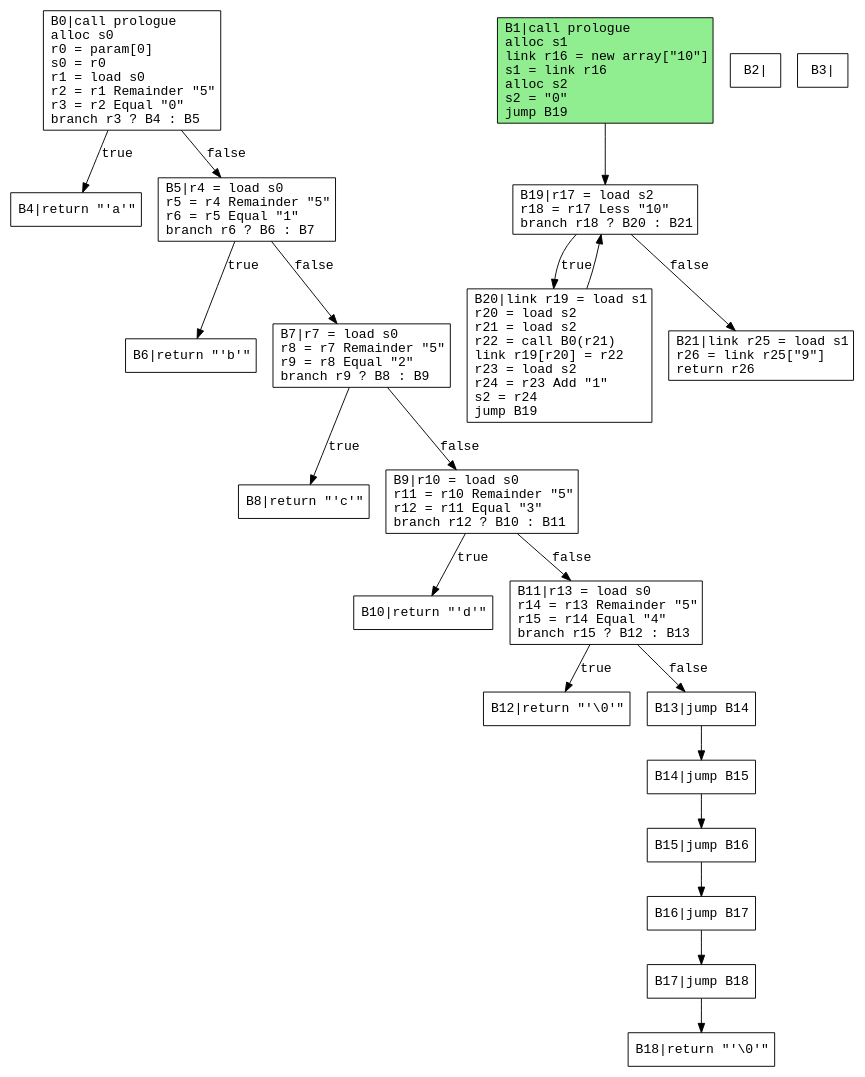
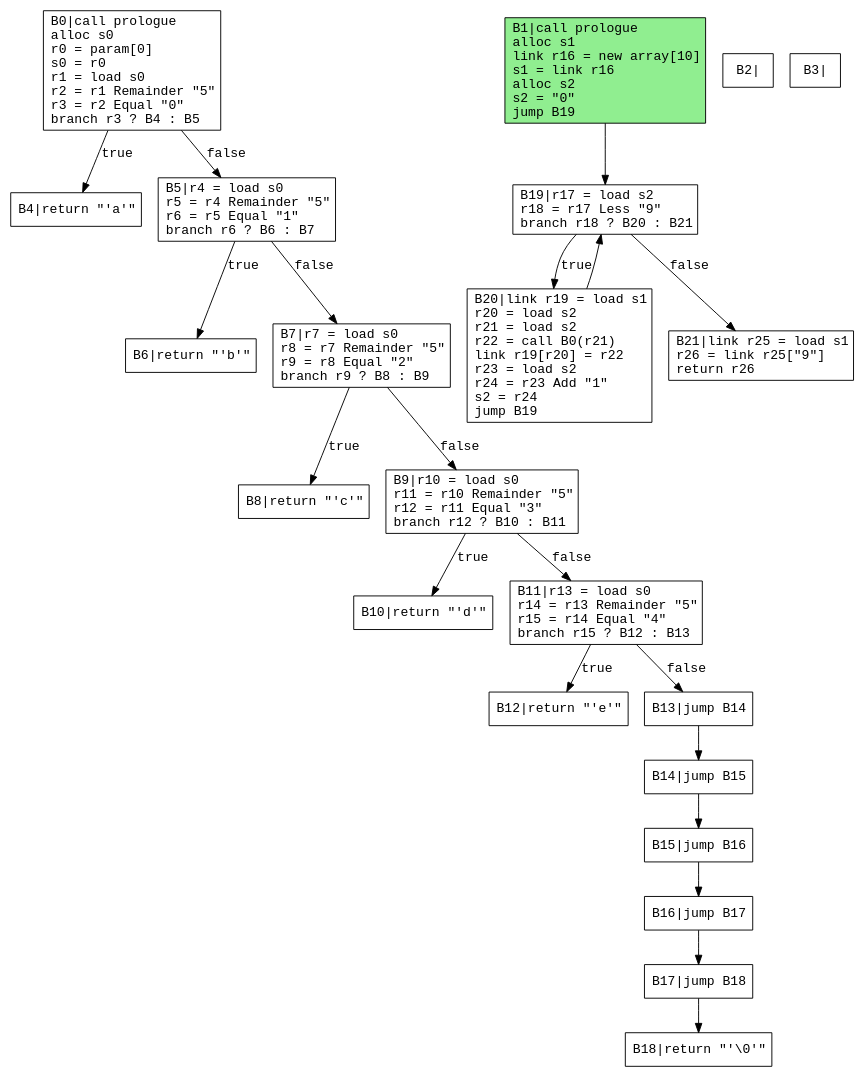
Before and after one commit to safarislava/ProcTranslator: the diagram in output/array.dot, drawn with Graphviz. The commit also changed 13 other files, not shown here.

```diff
--- a/output/array.dot
+++ b/output/array.dot
@@ -1,48 +1,48 @@
 digraph CFG {
   rankdir=TB;
   node [shape=box, fontname="Courier"];
   edge [fontname="Courier"];
 
   B0 [label="B0|call prologue\lalloc s0\lr0 = param[0]\ls0 = r0\lr1 = load s0\lr2 = r1 Remainder \"5\"\lr3 = r2 Equal \"0\"\lbranch r3 ? B4 : B5\l"];
-  B1 [label="B1|call prologue\lalloc s1\llink r16 = new array[\"10\"]\ls1 = link r16\lalloc s2\ls2 = \"0\"\ljump B19\l"];
+  B1 [label="B1|call prologue\lalloc s1\llink r16 = new array[10]\ls1 = link r16\lalloc s2\ls2 = \"0\"\ljump B19\l"];
   B2 [label="B2|"];
   B3 [label="B3|"];
   B4 [label="B4|return \"'a'\"\l"];
   B5 [label="B5|r4 = load s0\lr5 = r4 Remainder \"5\"\lr6 = r5 Equal \"1\"\lbranch r6 ? B6 : B7\l"];
   B6 [label="B6|return \"'b'\"\l"];
   B7 [label="B7|r7 = load s0\lr8 = r7 Remainder \"5\"\lr9 = r8 Equal \"2\"\lbranch r9 ? B8 : B9\l"];
   B8 [label="B8|return \"'c'\"\l"];
   B9 [label="B9|r10 = load s0\lr11 = r10 Remainder \"5\"\lr12 = r11 Equal \"3\"\lbranch r12 ? B10 : B11\l"];
   B10 [label="B10|return \"'d'\"\l"];
   B11 [label="B11|r13 = load s0\lr14 = r13 Remainder \"5\"\lr15 = r14 Equal \"4\"\lbranch r15 ? B12 : B13\l"];
-  B12 [label="B12|return \"'\\0'\"\l"];
+  B12 [label="B12|return \"'e'\"\l"];
   B13 [label="B13|jump B14\l"];
   B14 [label="B14|jump B15\l"];
   B15 [label="B15|jump B16\l"];
   B16 [label="B16|jump B17\l"];
   B17 [label="B17|jump B18\l"];
   B18 [label="B18|return \"'\\0'\"\l"];
-  B19 [label="B19|r17 = load s2\lr18 = r17 Less \"10\"\lbranch r18 ? B20 : B21\l"];
+  B19 [label="B19|r17 = load s2\lr18 = r17 Less \"9\"\lbranch r18 ? B20 : B21\l"];
   B20 [label="B20|link r19 = load s1\lr20 = load s2\lr21 = load s2\lr22 = call B0(r21)\llink r19[r20] = r22\lr23 = load s2\lr24 = r23 Add \"1\"\ls2 = r24\ljump B19\l"];
   B21 [label="B21|link r25 = load s1\lr26 = link r25[\"9\"]\lreturn r26\l"];
   B0 -> B4 [label="true"];
   B0 -> B5 [label="false"];
   B1 -> B19;
   B5 -> B6 [label="true"];
   B5 -> B7 [label="false"];
   B7 -> B8 [label="true"];
   B7 -> B9 [label="false"];
   B9 -> B10 [label="true"];
   B9 -> B11 [label="false"];
   B11 -> B12 [label="true"];
   B11 -> B13 [label="false"];
   B13 -> B14;
   B14 -> B15;
   B15 -> B16;
   B16 -> B17;
   B17 -> B18;
   B19 -> B20 [label="true"];
   B19 -> B21 [label="false"];
   B20 -> B19;
   B1 [style=filled, fillcolor=lightgreen];
 }
```
